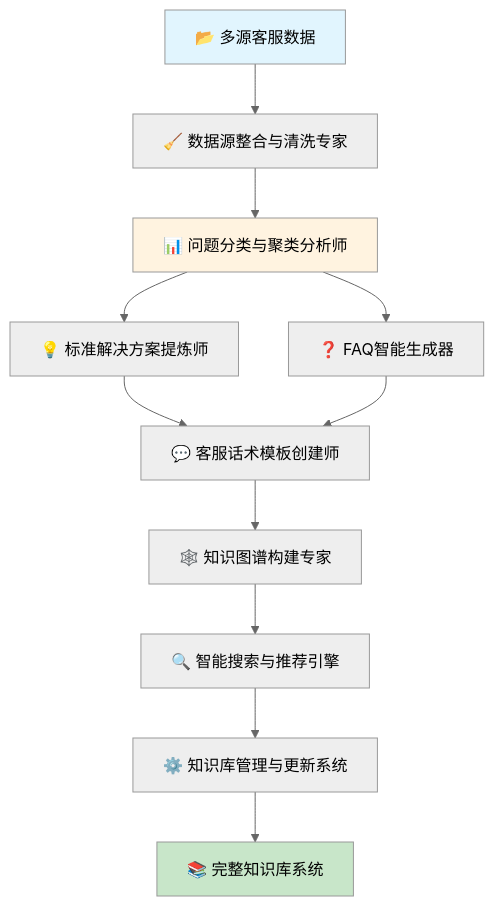
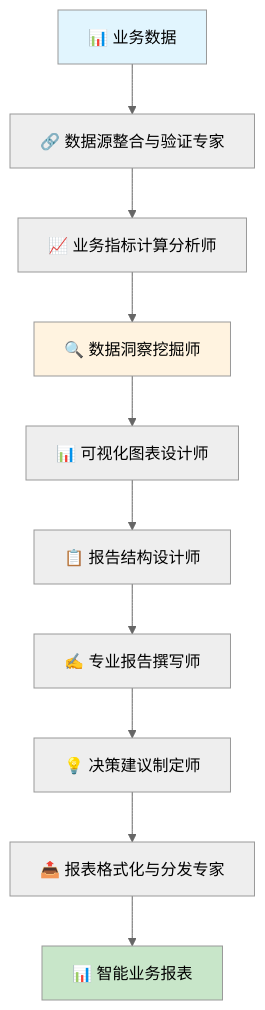
Before and after one commit to pftom/refly-use-cases: the fourth of 21 diagrams in use-cases/detailed-use-cases.md, drawn with Mermaid (neutral theme). The commit also changed other lines of this file and 1 other file, not shown here.

````diff
--- a/use-cases/detailed-use-cases.md
+++ b/use-cases/detailed-use-cases.md
@@ -590,17 +378,16 @@
 ```mermaid
 graph TD
-    A[📂 多源客服数据] --> B[🧹 数据源整合与清洗专家]
-    B --> C[📊 问题分类与聚类分析师]
-    C --> D[💡 标准解决方案提炼师]
-    C --> E[❓ FAQ智能生成器]
-    D --> F[💬 客服话术模板创建师]
-    E --> F
-    F --> G[🕸️ 知识图谱构建专家]
-    G --> H[🔍 智能搜索与推荐引擎]
-    H --> I[⚙️ 知识库管理与更新系统]
-    I --> J[📚 完整知识库系统]
+    A[📊 业务数据] --> B[🔗 数据源整合与验证专家]
+    B --> C[📈 业务指标计算分析师]
+    C --> D[🔍 数据洞察挖掘师]
+    D --> E[📊 可视化图表设计师]
+    E --> F[📋 报告结构设计师]
+    F --> G[✍️ 专业报告撰写师]
+    G --> H[💡 决策建议制定师]
+    H --> I[📤 报表格式化与分发专家]
+    I --> J[📊 智能业务报表]
     
     style A fill:#e1f5fe
     style J fill:#c8e6c9
-    style C fill:#fff3e0
+    style D fill:#fff3e0
 ```
````
